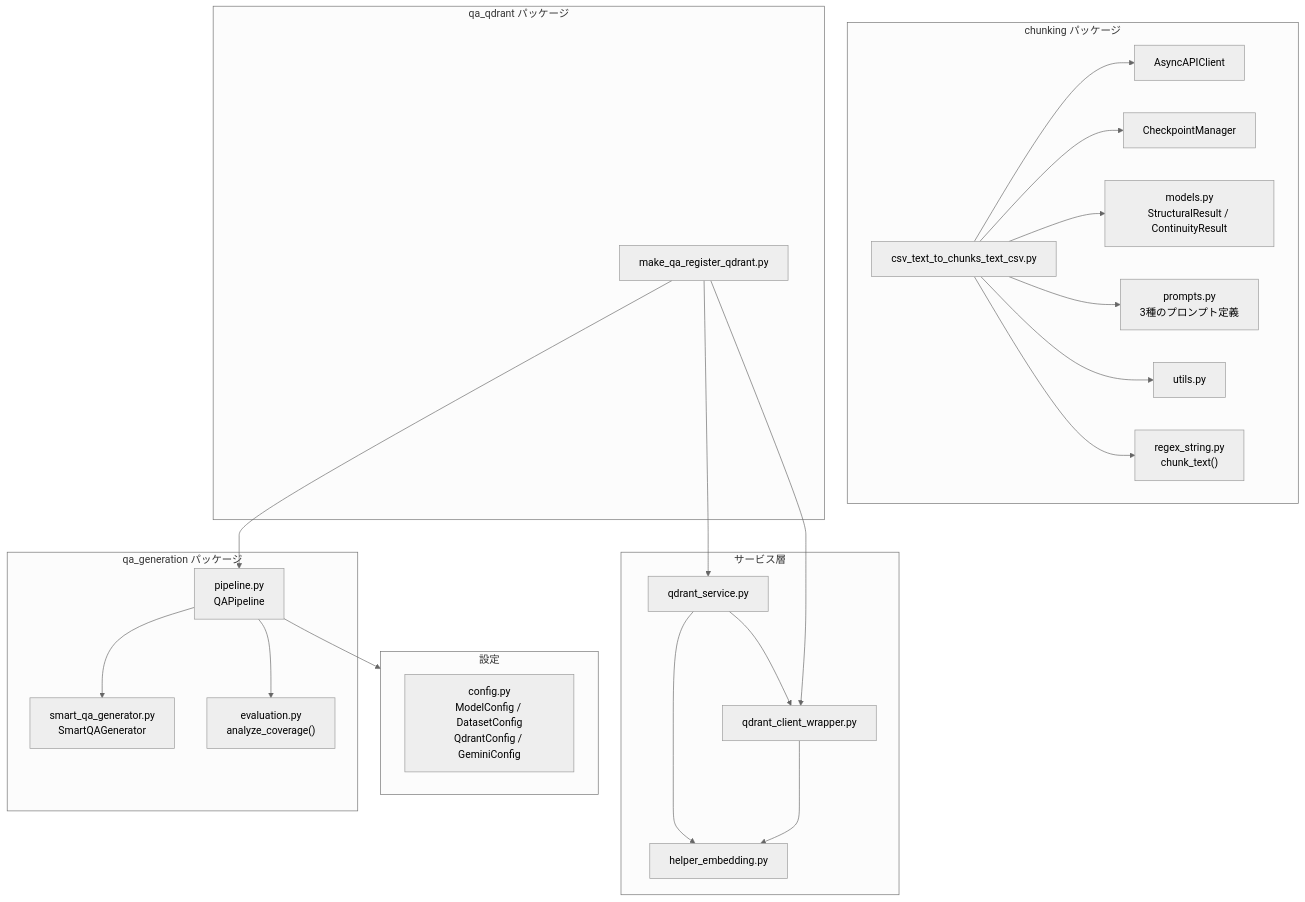
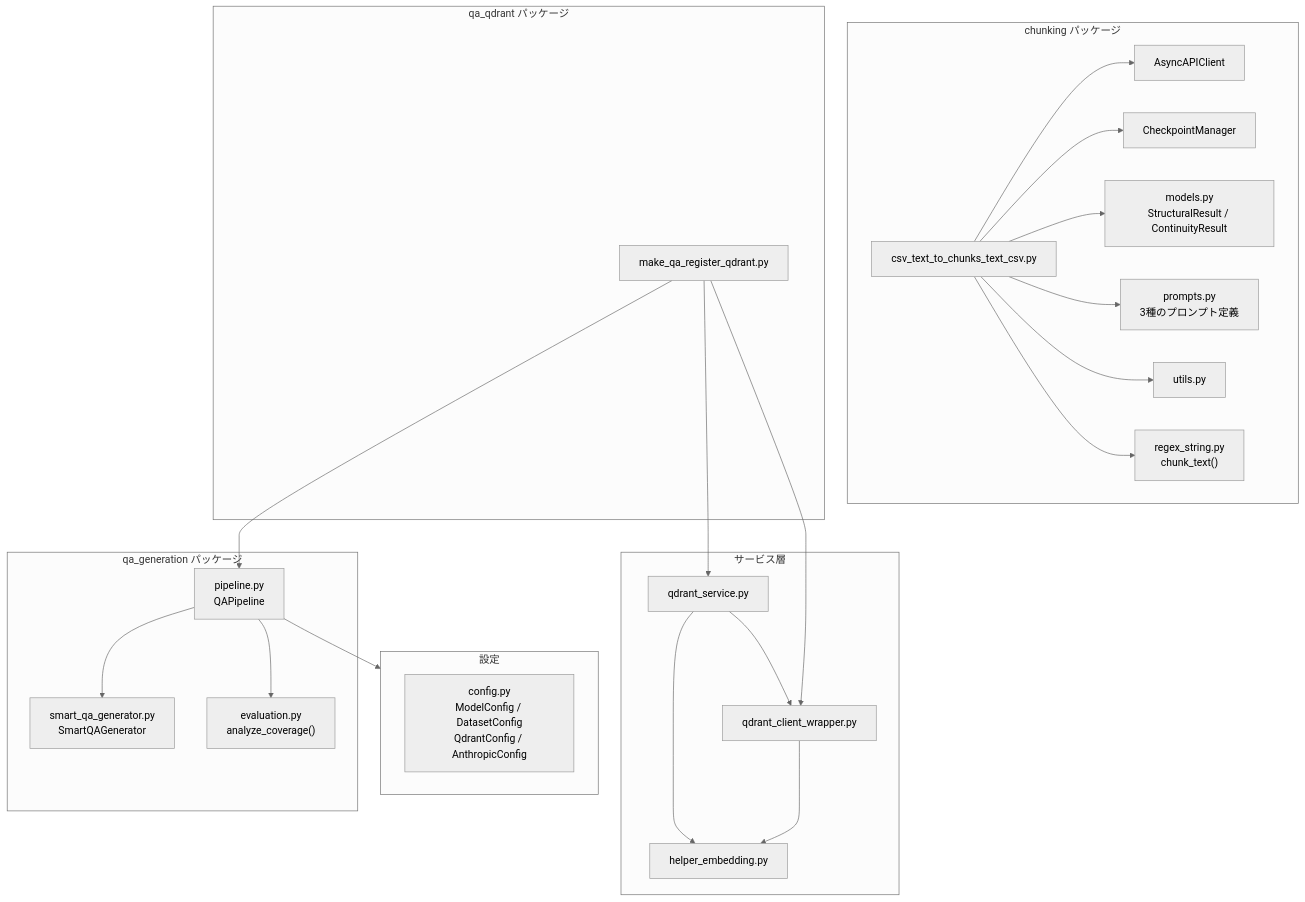
The second of 5 diagrams in readme_rag.md (nakashima2toshio/anthropic_grace_agent), drawn with Mermaid (neutral theme) before and after one commit. The commit also changed other lines of this file and 11 other files, not shown here.

````diff
--- a/readme_rag.md
+++ b/readme_rag.md
@@ -309,51 +309,51 @@
 ```mermaid
 flowchart TB
     subgraph CHUNKING_PKG["chunking パッケージ"]
         CSV_CHUNK["csv_text_to_chunks_text_csv.py"]
         ASYNC_CLI["AsyncAPIClient"]
         CHECKPOINT["CheckpointManager"]
         MODELS["models.py<br/>StructuralResult / ContinuityResult"]
         PROMPTS["prompts.py<br/>3種のプロンプト定義"]
         UTILS["utils.py"]
         REGEX["regex_string.py<br/>chunk_text()"]
     end
 
     subgraph QA_QDRANT["qa_qdrant パッケージ"]
         MAKE_QA["make_qa_register_qdrant.py"]
     end
 
     subgraph QA_GEN["qa_generation パッケージ"]
         QA_PIPE["pipeline.py<br/>QAPipeline"]
         SMART_GEN["smart_qa_generator.py<br/>SmartQAGenerator"]
         EVAL["evaluation.py<br/>analyze_coverage()"]
     end
 
     subgraph SERVICES["サービス層"]
         QDRANT_SVC["qdrant_service.py"]
         QDRANT_WRAP["qdrant_client_wrapper.py"]
         HELPER_EMB["helper_embedding.py"]
     end
 
     subgraph CONFIG_PKG["設定"]
-        CONFIG["config.py<br/>ModelConfig / DatasetConfig<br/>QdrantConfig / GeminiConfig"]
+        CONFIG["config.py<br/>ModelConfig / DatasetConfig<br/>QdrantConfig / AnthropicConfig"]
     end
 
     CSV_CHUNK --> ASYNC_CLI
     CSV_CHUNK --> CHECKPOINT
     CSV_CHUNK --> MODELS
     CSV_CHUNK --> PROMPTS
     CSV_CHUNK --> UTILS
     CSV_CHUNK --> REGEX
 
     MAKE_QA --> QA_PIPE
     MAKE_QA --> QDRANT_SVC
     MAKE_QA --> QDRANT_WRAP
 
     QA_PIPE --> SMART_GEN
     QA_PIPE --> EVAL
     QA_PIPE --> CONFIG_PKG
 
     QDRANT_SVC --> HELPER_EMB
     QDRANT_SVC --> QDRANT_WRAP
     QDRANT_WRAP --> HELPER_EMB
 ```
````
